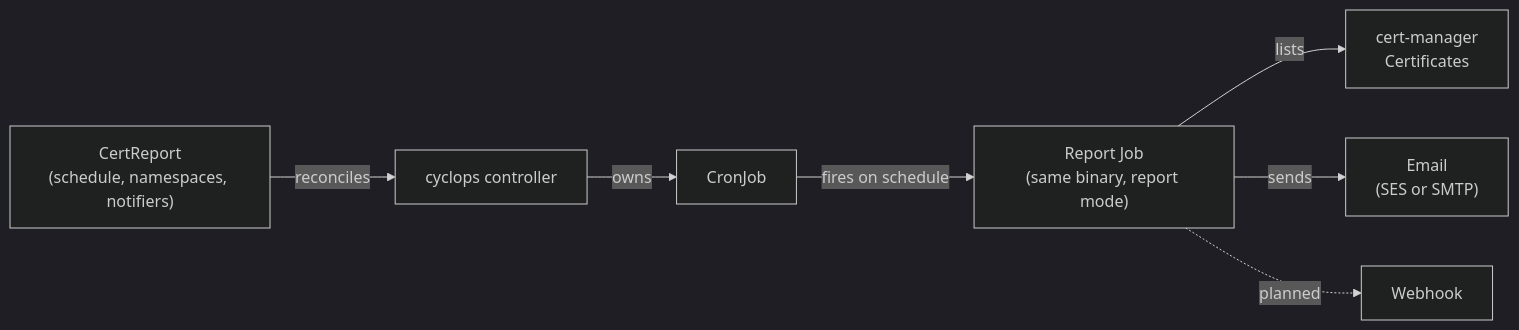
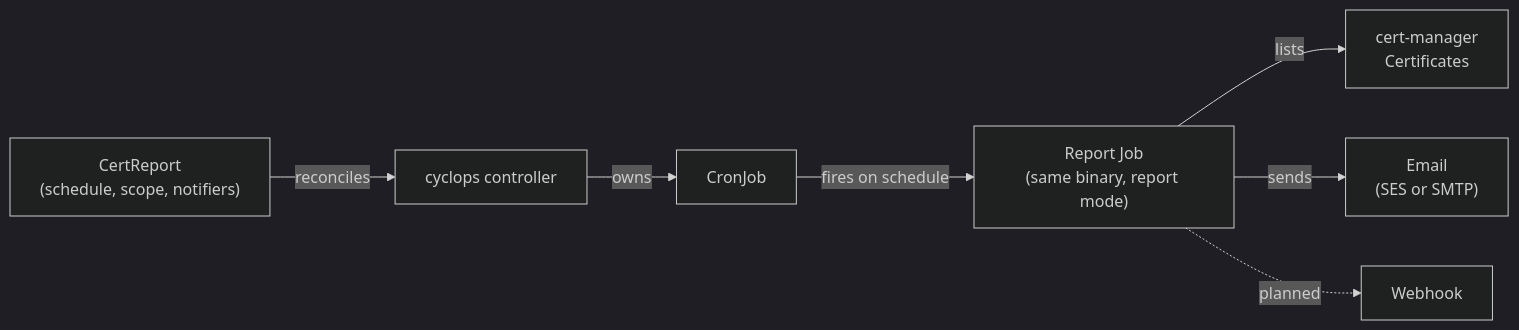
Before and after one commit to sakshitposting-irl/cyclops: the diagram in README.md, drawn with Mermaid (dark theme). The commit also changed other lines of this file and 12 other files, not shown here.

````diff
--- a/README.md
+++ b/README.md
@@ -25,9 +25,9 @@
 ```mermaid
 flowchart LR
-    CR["CertReport<br/>(schedule, namespaces, notifiers)"] -->|reconciles| CTRL[cyclops controller]
+    CR["CertReport<br/>(schedule, scope, notifiers)"] -->|reconciles| CTRL[cyclops controller]
     CTRL -->|owns| CJ[CronJob]
     CJ -->|fires on schedule| JOB["Report Job<br/>(same binary, report mode)"]
     JOB -->|lists| CM["cert-manager<br/>Certificates"]
     JOB -->|sends| MAIL["Email<br/>(SES or SMTP)"]
     JOB -.->|planned| HOOK[Webhook]
 ```
````
